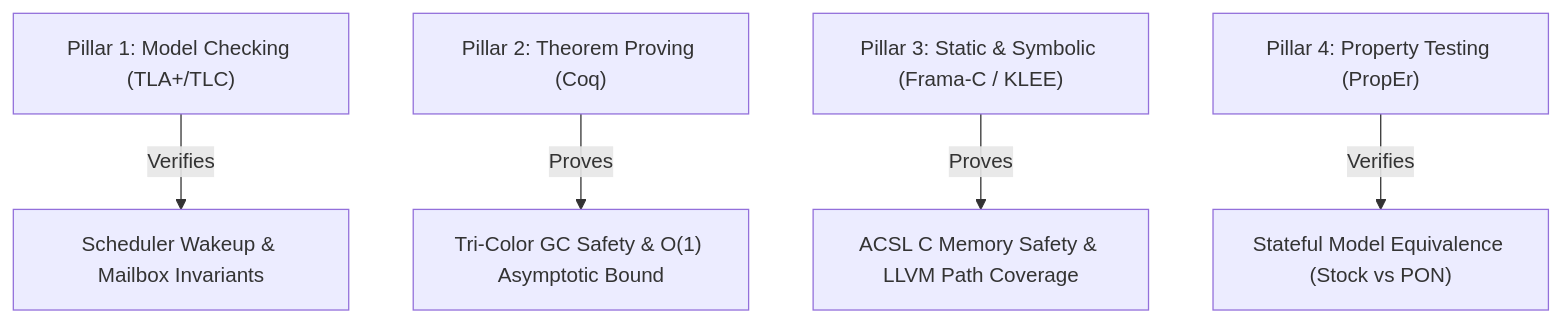
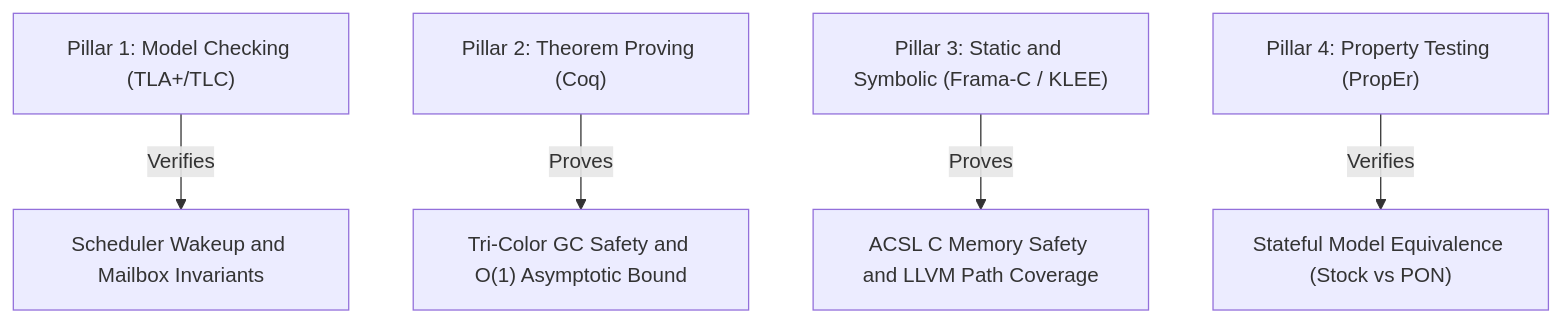
The third of 3 diagrams in README.md (matheuscamarques/pon_beam), drawn with Mermaid before and after one commit. The commit also changed other lines of this file and 1 other file, not shown here.

Commit message:
docs: corrige renderizacao mermaid no GitHub (remove &, em-dashes e x unicode dos labels dos diagramas) — validado

````diff
--- a/README.md
+++ b/README.md
@@ -150,7 +150,7 @@
 ```mermaid
 graph TD
-    P1["Pillar 1: Model Checking (TLA+/TLC)"] --> |Verifies| V1["Scheduler Wakeup & Mailbox Invariants"]
-    P2["Pillar 2: Theorem Proving (Coq)"] --> |Proves| V2["Tri-Color GC Safety & O(1) Asymptotic Bound"]
-    P3["Pillar 3: Static & Symbolic (Frama-C / KLEE)"] --> |Proves| V3["ACSL C Memory Safety & LLVM Path Coverage"]
+    P1["Pillar 1: Model Checking (TLA+/TLC)"] --> |Verifies| V1["Scheduler Wakeup and Mailbox Invariants"]
+    P2["Pillar 2: Theorem Proving (Coq)"] --> |Proves| V2["Tri-Color GC Safety and O(1) Asymptotic Bound"]
+    P3["Pillar 3: Static and Symbolic (Frama-C / KLEE)"] --> |Proves| V3["ACSL C Memory Safety and LLVM Path Coverage"]
     P4["Pillar 4: Property Testing (PropEr)"] --> |Verifies| V4["Stateful Model Equivalence (Stock vs PON)"]
 ```
````
